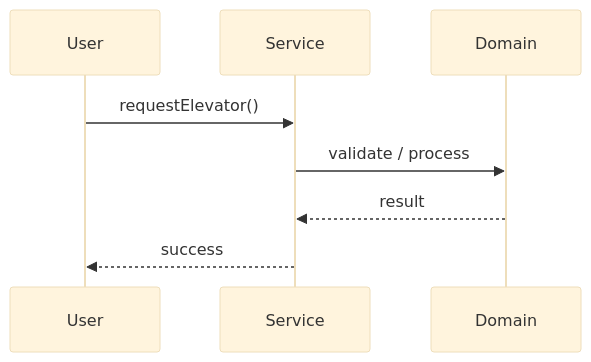
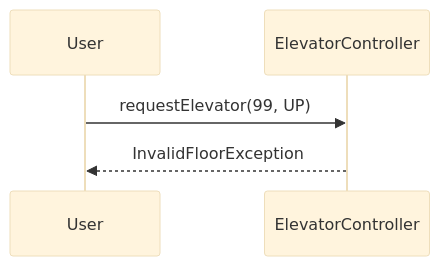
One commit to madhupaila/Interview-Prep-SSE changed the third of 3 diagrams in Learn/System Design - Low Level Design/02-classic-ood/questions/Q02-elevator.md. Above: the diagram before and after it, drawn with Mermaid (base theme). The commit also changed other lines of this file and 491 other files, not shown here.

````diff
--- a/Learn/System Design - Low Level Design/02-classic-ood/questions/Q02-elevator.md
+++ b/Learn/System Design - Low Level Design/02-classic-ood/questions/Q02-elevator.md
@@ -122,10 +169,7 @@
 ```mermaid
 sequenceDiagram
-    participant U as User
-    participant S as Service
-    participant D as Domain
-    U->>S: requestElevator()
-    S->>D: validate / process
-    D-->>S: result
-    S-->>U: success
+participant U as User
+participant C as ElevatorController
+U->>C: requestElevator(99, UP)
+C-->>U: InvalidFloorException
 ```
````
